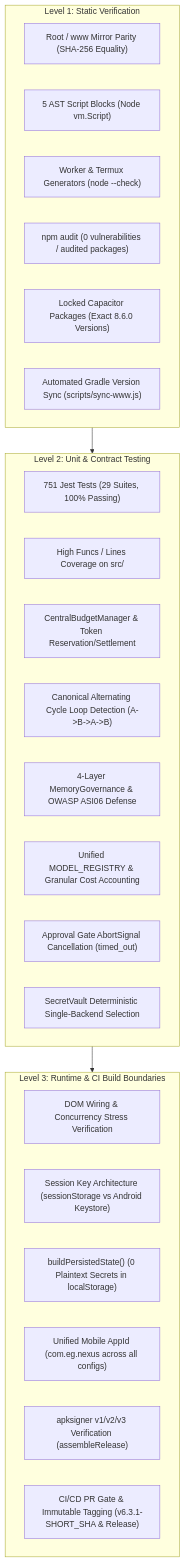
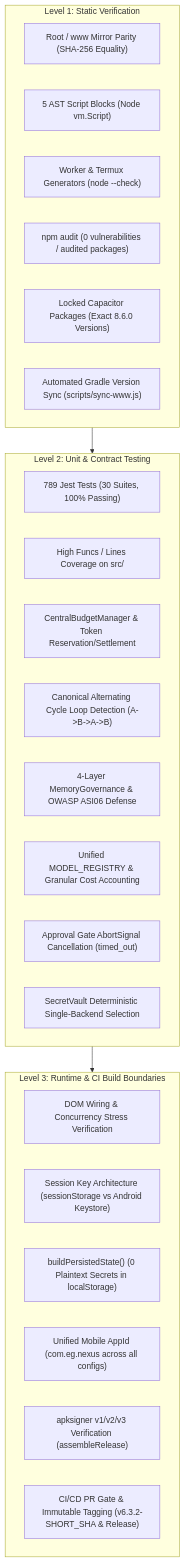
One commit to dicardotr46-max/EG-Nexus-OS changed the first of 2 diagrams in AUDIT_REPORT.md. Above: the diagram before and after it, drawn with Mermaid. The commit also changed other lines of this file and 27 other files, not shown here.

Commit message:
feat(v6.3.2): lock down MemoryGovernance bypasses, unify TaskJournal in UI, enforce preflight reservation, privatize HMAC key & MCP JSON Schema 2020-12 validation

````diff
--- a/AUDIT_REPORT.md
+++ b/AUDIT_REPORT.md
@@ -21,34 +21,34 @@
 ```mermaid
 flowchart TD
     subgraph LEVEL_1["Level 1: Static Verification"]
         PARITY["Root / www Mirror Parity (SHA-256 Equality)"]
         AST["5 AST Script Blocks (Node vm.Script)"]
         TMPL["Worker & Termux Generators (node --check)"]
         NPM["npm audit (0 vulnerabilities / audited packages)"]
         PINS["Locked Capacitor Packages (Exact 8.6.0 Versions)"]
         GRADLE_SYNC["Automated Gradle Version Sync (scripts/sync-www.js)"]
     end
 
     subgraph LEVEL_2["Level 2: Unit & Contract Testing"]
-        JEST["751 Jest Tests (29 Suites, 100% Passing)"]
+        JEST["789 Jest Tests (30 Suites, 100% Passing)"]
         COV["High Funcs / Lines Coverage on src/"]
         TOKEN_BUDGET["CentralBudgetManager & Token Reservation/Settlement"]
         LOOP_DET["Canonical Alternating Cycle Loop Detection (A->B->A->B)"]
         MEM_GOV["4-Layer MemoryGovernance & OWASP ASI06 Defense"]
         MODEL_REG["Unified MODEL_REGISTRY & Granular Cost Accounting"]
         TIMEOUT_ABORT["Approval Gate AbortSignal Cancellation (timed_out)"]
         VAULT_UNIF["SecretVault Deterministic Single-Backend Selection"]
     end
 
     subgraph LEVEL_3["Level 3: Runtime & CI Build Boundaries"]
         DOM_WIRING["DOM Wiring & Concurrency Stress Verification"]
         SESSION["Session Key Architecture (sessionStorage vs Android Keystore)"]
         STRIP["buildPersistedState() (0 Plaintext Secrets in localStorage)"]
         APPID_PARITY["Unified Mobile AppId (com.eg.nexus across all configs)"]
         SIGN["apksigner v1/v2/v3 Verification (assembleRelease)"]
-        GATE["CI/CD PR Gate & Immutable Tagging (v6.3.1-SHORT_SHA & Release)"]
+        GATE["CI/CD PR Gate & Immutable Tagging (v6.3.2-SHORT_SHA & Release)"]
     end
 
     LEVEL_1 --> LEVEL_2
     LEVEL_2 --> LEVEL_3
 ```
````
